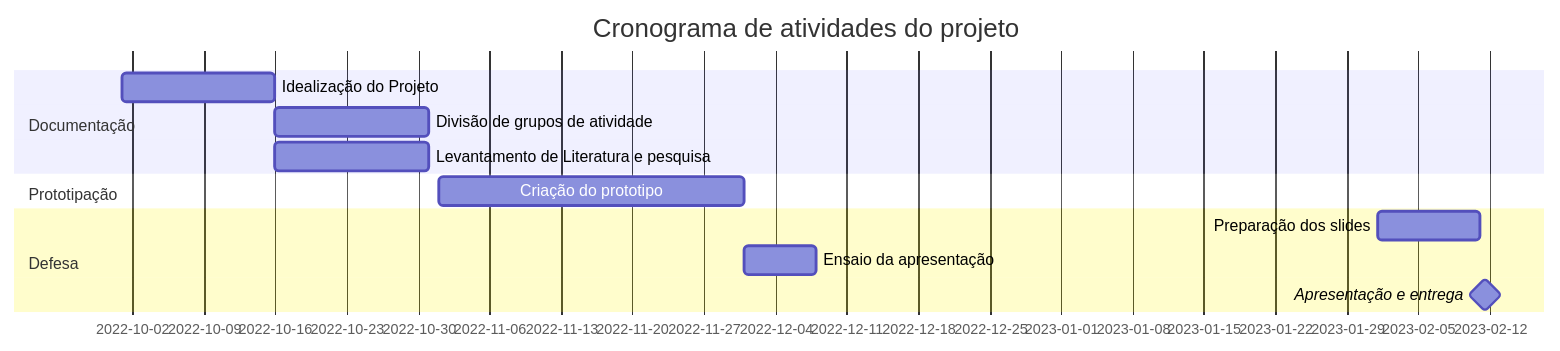
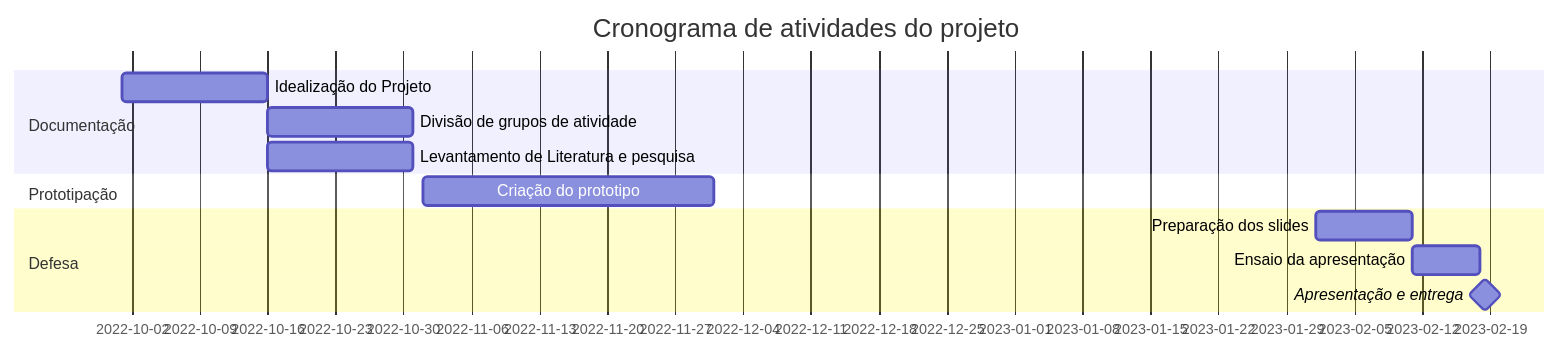
The diagram in README.md (JVictor1012/projeto-integrador-gantt), drawn with Mermaid before and after one commit.

````diff
--- a/README.md
+++ b/README.md
@@ -3,19 +3,19 @@
 ```mermaid
     gantt
     title Cronograma de atividades do projeto
     dateFormat  YYYY-MM-DD
     section Documentação 
     Idealização do Projeto      :a1, 2022-10-01, 15d
     Divisão de grupos de atividade   :a2, after a1  , 15d
     Levantamento de Literatura e pesquisa   :a3, after a1  , 15d
     
     
     section Prototipação
     Criação do prototipo      :b1, 2022-11-01, 30d
   
     
     section Defesa
     Preparação dos slides :p1, 2023-02-01, 10d
-    Ensaio da apresentação :p2, after b1, 7d
-    Apresentação e entrega  :milestone, after p1, 1d
+    Ensaio da apresentação :p2, after p1, 7d
+    Apresentação e entrega  :milestone, after p2, 1d
 ```
````
